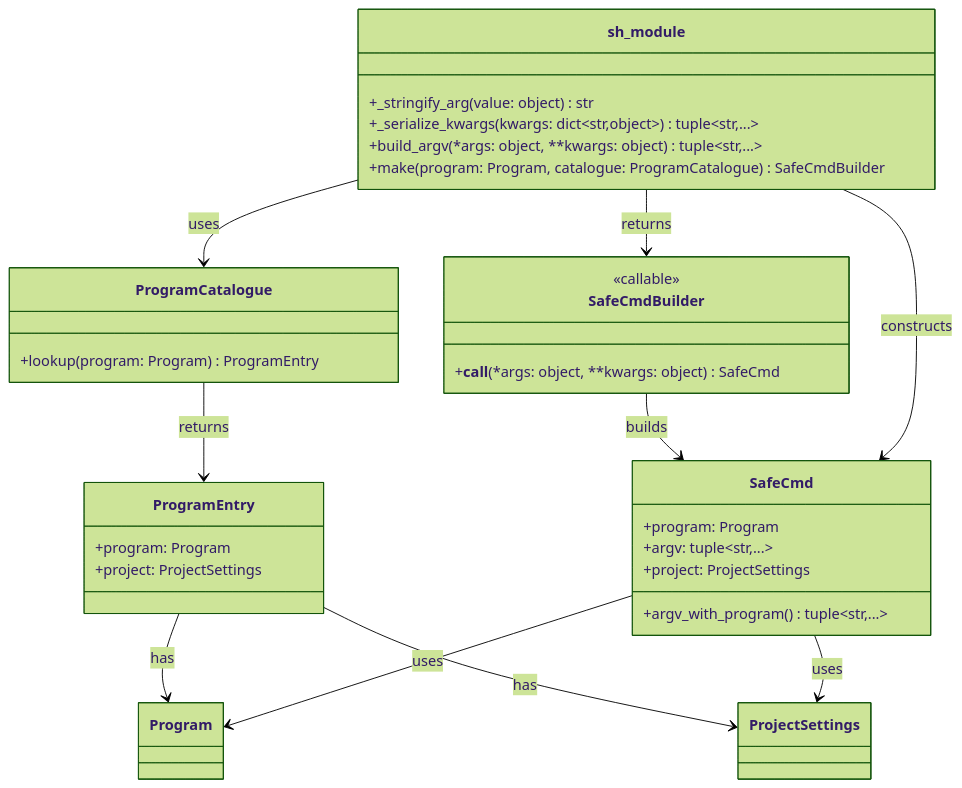
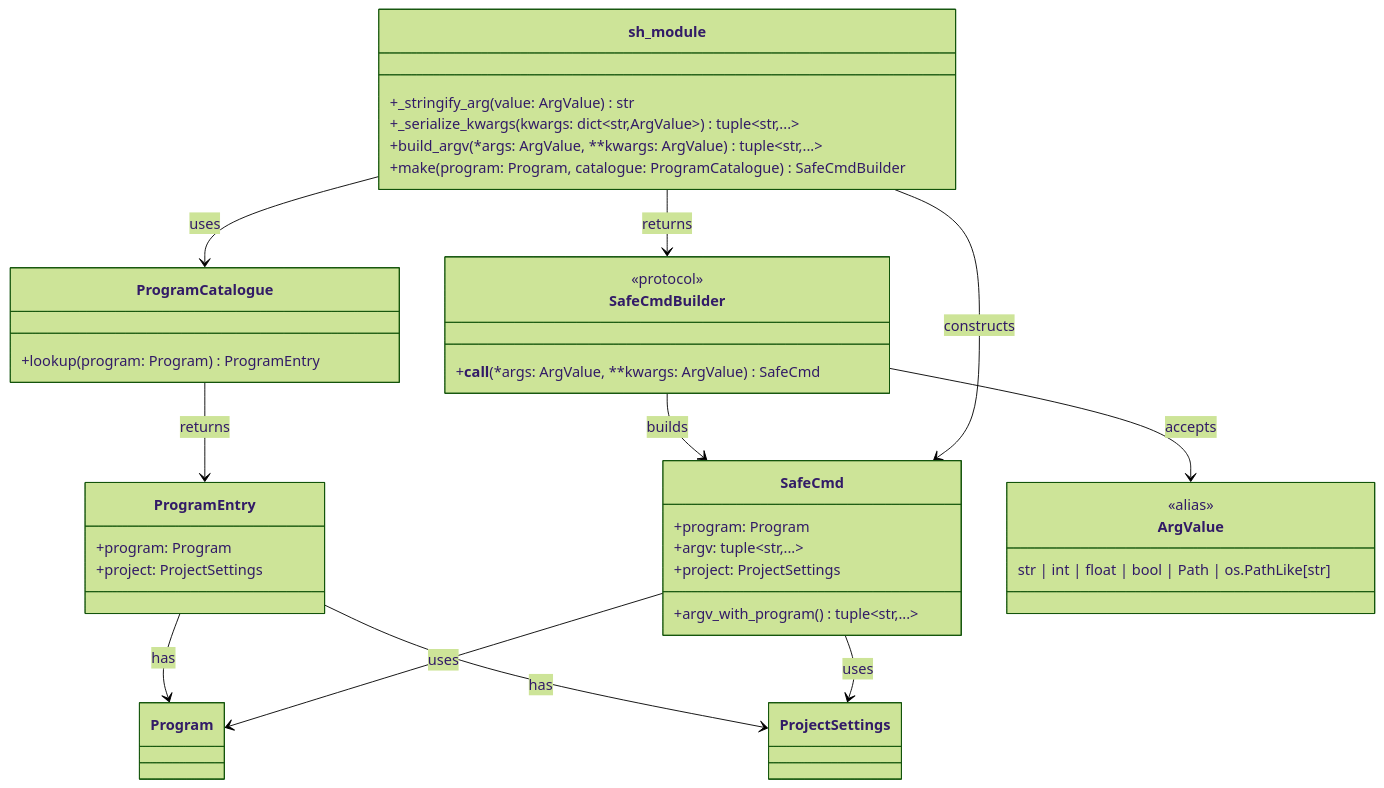
The second of 19 diagrams in docs/cuprum-design.md (leynos/cuprum), drawn with Mermaid (forest theme) before and after one commit. The commit also changed other lines of this file and 18 other files, not shown here.

First line of the commit message:
Replace SafeCmdBuilder ellipsis with a typed callable contract (#483) (#502)

````diff
--- a/docs/cuprum-design.md
+++ b/docs/cuprum-design.md
@@ -614,49 +625,55 @@
 ```mermaid
 classDiagram
     class Program {
     }
 
     class ProjectSettings {
     }
 
     class ProgramCatalogue {
         +lookup(program: Program) ProgramEntry
     }
 
     class ProgramEntry {
         +program: Program
         +project: ProjectSettings
     }
 
     class SafeCmd {
         +program: Program
         +argv: tuple~str,...~
         +project: ProjectSettings
         +argv_with_program() tuple~str,...~
     }
 
     class SafeCmdBuilder {
-        <<callable>>
-        +__call__(*args: object, **kwargs: object) SafeCmd
+        <<protocol>>
+        +__call__(*args: ArgValue, **kwargs: ArgValue) SafeCmd
+    }
+
+    class ArgValue {
+        <<alias>>
+        str | int | float | bool | Path | os.PathLike[str]
     }
 
     class sh_module {
-        +_stringify_arg(value: object) str
-        +_serialize_kwargs(kwargs: dict~str,object~) tuple~str,...~
-        +build_argv(*args: object, **kwargs: object) tuple~str,...~
+        +_stringify_arg(value: ArgValue) str
+        +_serialize_kwargs(kwargs: dict~str,ArgValue~) tuple~str,...~
+        +build_argv(*args: ArgValue, **kwargs: ArgValue) tuple~str,...~
         +make(program: Program, catalogue: ProgramCatalogue) SafeCmdBuilder
     }
 
     ProgramCatalogue --> ProgramEntry : returns
     ProgramEntry --> Program : has
     ProgramEntry --> ProjectSettings : has
 
     SafeCmd --> Program : uses
     SafeCmd --> ProjectSettings : uses
 
     SafeCmdBuilder --> SafeCmd : builds
+    SafeCmdBuilder --> ArgValue : accepts
 
     sh_module --> ProgramCatalogue : uses
     sh_module --> SafeCmdBuilder : returns
     sh_module --> SafeCmd : constructs
 ```
````
